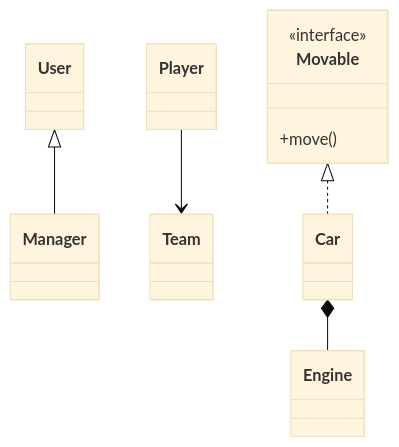
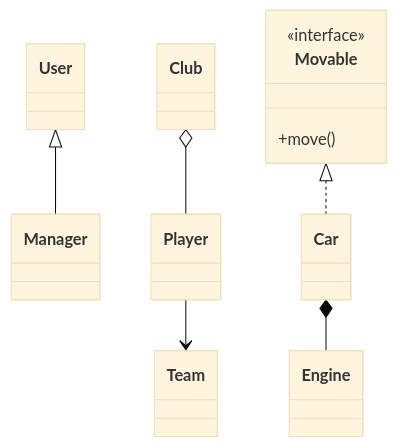
The third of 16 diagrams in content/lectures/Lec1/vitepress.md (Kert0n/KPO), drawn with Mermaid (base theme) before and after one commit. The commit also changed other lines of this file, not shown here.

````diff
--- a/content/lectures/Lec1/vitepress.md
+++ b/content/lectures/Lec1/vitepress.md
@@ -313,17 +263,19 @@
 ```mermaid
 classDiagram
     class User
     class Manager
     class Team
+    class Club
     class Player
     class Car
     class Engine
     class Movable {
         <<interface>>
         +move()
     }
     User <|-- Manager
     Player --> Team
+    Club o-- Player
     Car *-- Engine
     Movable <|.. Car
 ```
````
